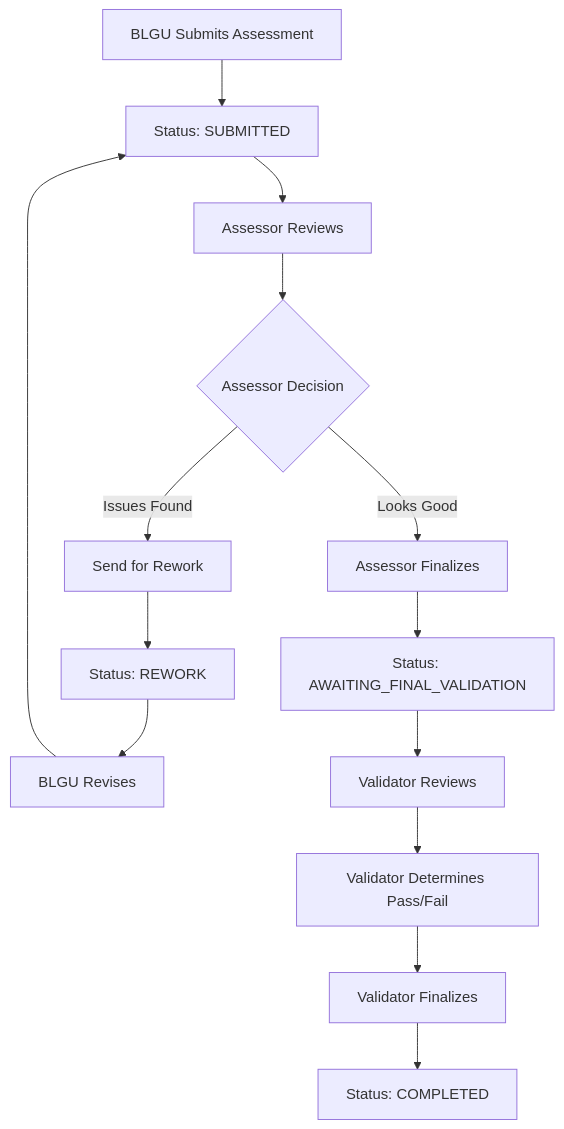
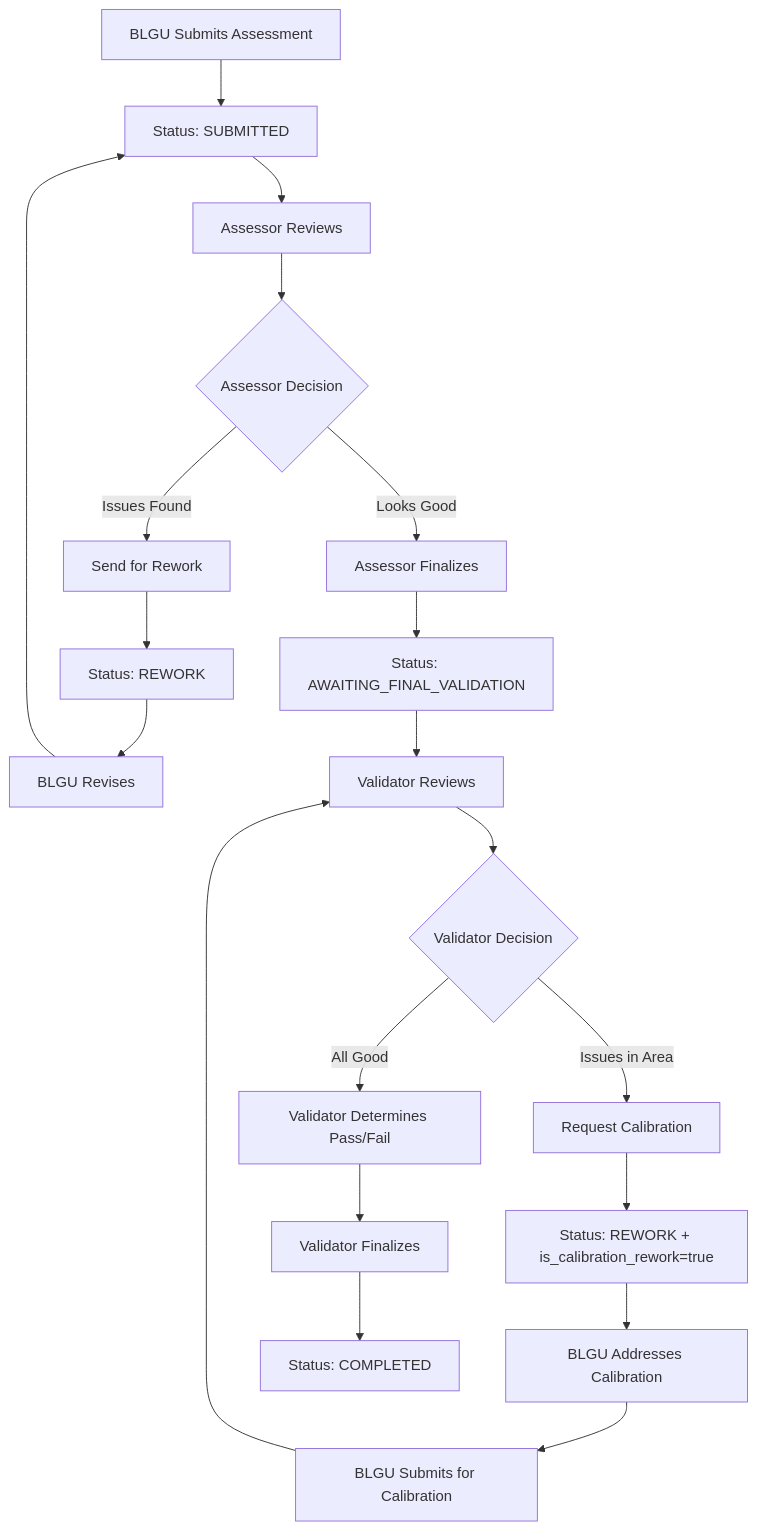
Before and after one commit to generyand/sinag: the first of 2 diagrams in docs/workflows/assessor-validation.md, drawn with Mermaid. The commit also changed other lines of this file and 15 other files, not shown here.

First line of the commit message:
feat: Implement Validator Calibration, Parallel Calibration, and AI Summaries

````diff
--- a/docs/workflows/assessor-validation.md
+++ b/docs/workflows/assessor-validation.md
@@ -38,16 +42,22 @@
 ```mermaid
 graph TD
     A[BLGU Submits Assessment] --> B[Status: SUBMITTED]
     B --> C[Assessor Reviews]
     C --> D{Assessor Decision}
     D -->|Issues Found| E[Send for Rework]
     E --> F[Status: REWORK]
     F --> G[BLGU Revises]
     G --> B
     D -->|Looks Good| H[Assessor Finalizes]
     H --> I[Status: AWAITING_FINAL_VALIDATION]
     I --> J[Validator Reviews]
-    J --> K[Validator Determines Pass/Fail]
-    K --> L[Validator Finalizes]
-    L --> M[Status: COMPLETED]
+    J --> K{Validator Decision}
+    K -->|Issues in Area| L[Request Calibration]
+    L --> M[Status: REWORK + is_calibration_rework=true]
+    M --> N[BLGU Addresses Calibration]
+    N --> O[BLGU Submits for Calibration]
+    O --> J
+    K -->|All Good| P[Validator Determines Pass/Fail]
+    P --> Q[Validator Finalizes]
+    Q --> R[Status: COMPLETED]
 ```
````
